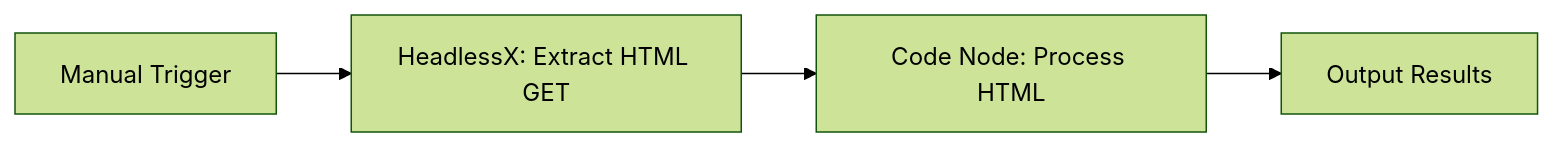
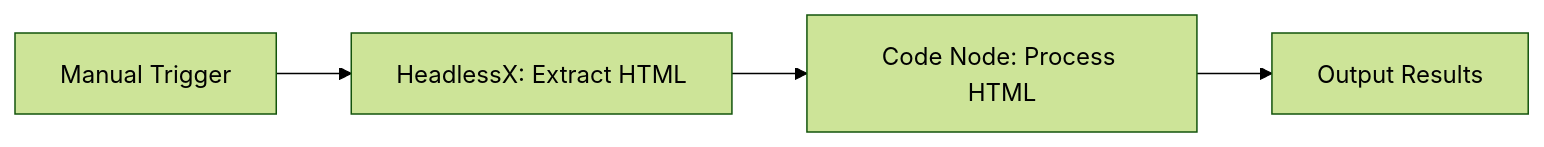
One commit to saifyxpro/n8n-nodes-headlessx changed the first of 3 diagrams in README.md. Above: the diagram before and after it, drawn with Mermaid (forest theme). The commit also changed other lines of this file and 24 other files, not shown here.

Commit message:
feat: release v2.0.0 with resource-based architecture and n8n review fixes

````diff
--- a/README.md
+++ b/README.md
@@ -425,6 +329,6 @@
 ```mermaid
 graph LR
-    A[Manual Trigger] --> B[HeadlessX: Extract HTML GET]
+    A[Manual Trigger] --> B[HeadlessX: Extract HTML]
     B --> C[Code Node: Process HTML]
     C --> D[Output Results]
 ```
````
